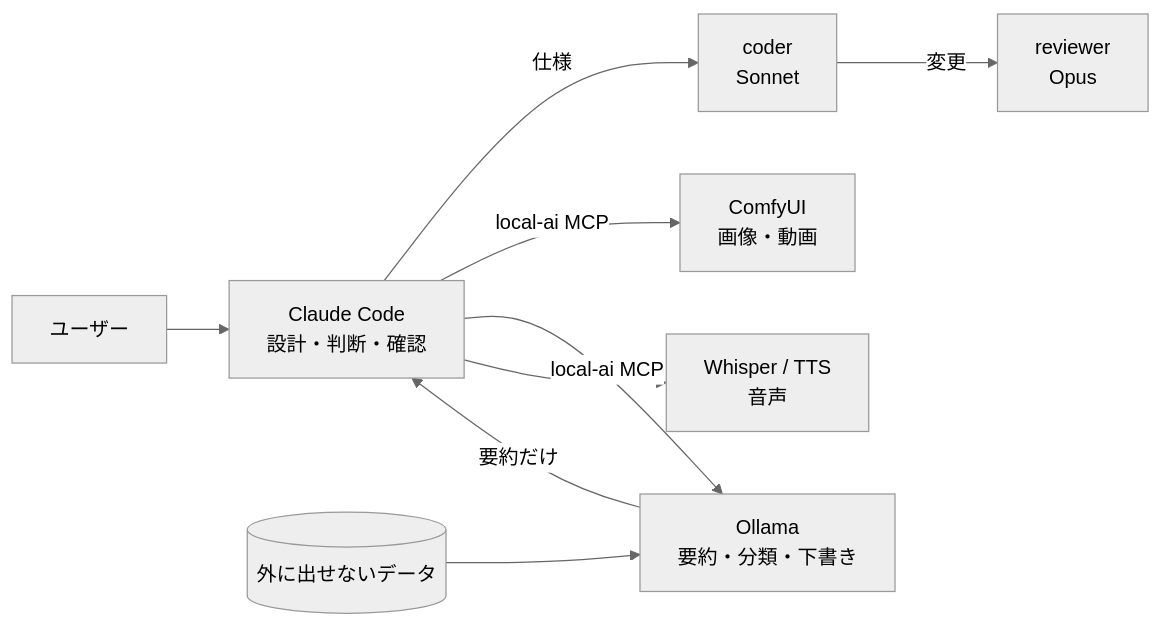
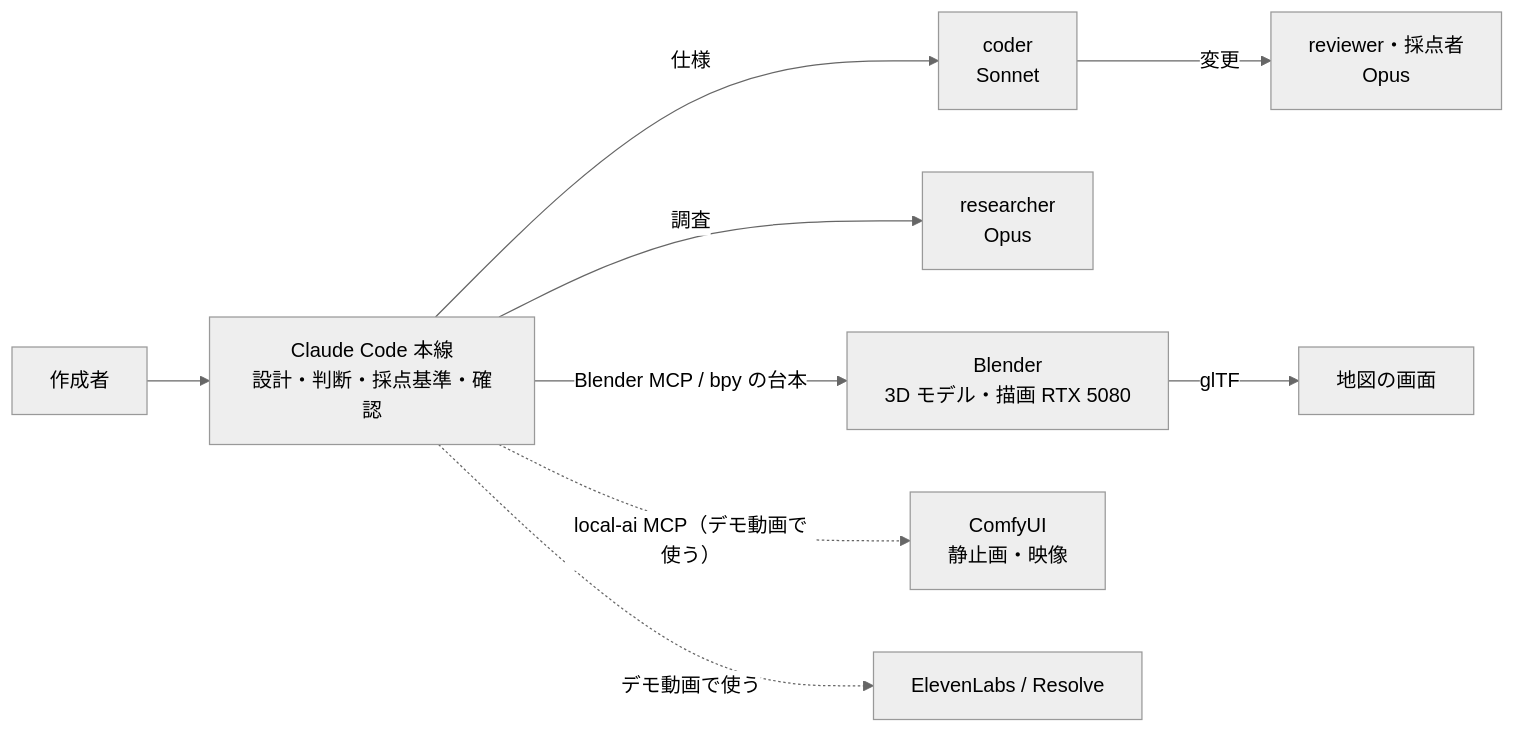
The diagram in docs/LOCAL_AI.md (shirokuma-factory/hackathon_2026), drawn with Mermaid (neutral theme) before and after one commit. The commit also changed other lines of this file and 8 other files, not shown here.

````diff
--- a/docs/LOCAL_AI.md
+++ b/docs/LOCAL_AI.md
@@ -19,11 +20,11 @@
 ```mermaid
 flowchart LR
-  U[ユーザー] --> C[Claude Code<br>設計・判断・確認]
+  U[作成者] --> C[Claude Code 本線<br>設計・判断・採点基準・確認]
   C -->|仕様| S[coder<br>Sonnet]
-  S -->|変更| R[reviewer<br>Opus]
-  C -->|local-ai MCP| G[ComfyUI<br>画像・動画]
-  C -->|local-ai MCP| L[Ollama<br>要約・分類・下書き]
-  C --> W[Whisper / TTS<br>音声]
-  P[(外に出せないデータ)] --> L
-  L -->|要約だけ| C
+  S -->|変更| R[reviewer・採点者<br>Opus]
+  C -->|調査| Q[researcher<br>Opus]
+  C -->|Blender MCP / bpy の台本| B[Blender<br>3D モデル・描画 RTX 5080]
+  B -->|glTF| A[地図の画面]
+  C -.->|local-ai MCP（デモ動画で使う）| G[ComfyUI<br>静止画・映像]
+  C -.->|デモ動画で使う| W[ElevenLabs / Resolve]
 ```
````
